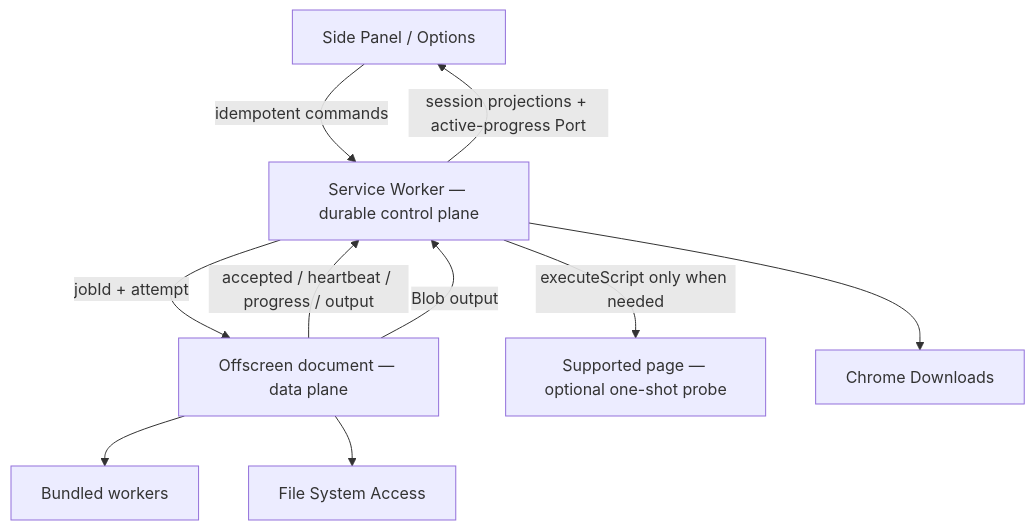
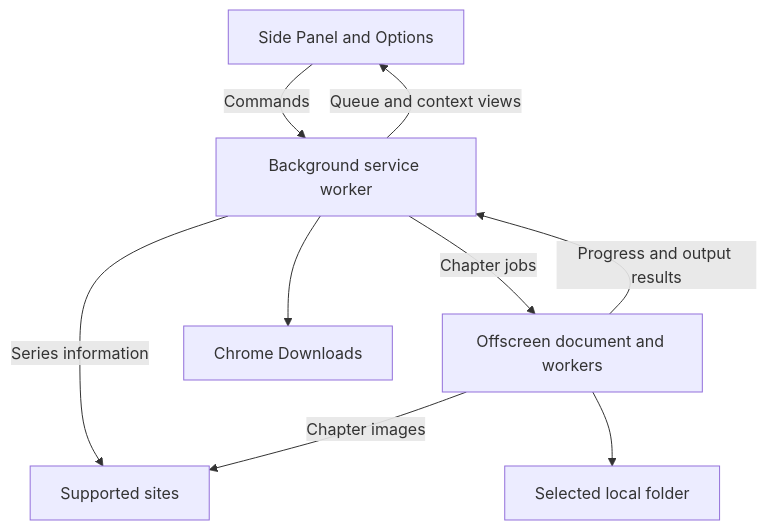
Before and after one commit to oovz/Tako: the diagram in wiki/Architecture.md, drawn with Mermaid. The commit also changed other lines of this file and 16 other files, not shown here.

````diff
--- a/wiki/Architecture.md
+++ b/wiki/Architecture.md
@@ -7,20 +11,18 @@
 ```mermaid
 flowchart TD
-  UI["Side Panel / Options"]
-  SW["Service Worker — durable control plane"]
-  OS["Offscreen document — data plane"]
-  WK["Bundled workers"]
-  PAGE["Supported page — optional one-shot probe"]
-  CHROME["Chrome Downloads"]
-  FSA["File System Access"]
+  UI[Side Panel and Options]
+  SW[Background service worker]
+  OS[Offscreen document and workers]
+  SITE[Supported sites]
+  CHROME[Chrome Downloads]
+  FOLDER[Selected local folder]
 
-  UI -->|"idempotent commands"| SW
-  SW -->|"session projections + active-progress Port"| UI
-  SW -->|"jobId + attempt"| OS
-  OS -->|"accepted / heartbeat / progress / output"| SW
-  OS --> WK
-  SW -->|"executeScript only when needed"| PAGE
-  OS -->|"Blob output"| SW
+  UI -->|Commands| SW
+  SW -->|Queue and context views| UI
+  SW -->|Chapter jobs| OS
+  OS -->|Progress and output results| SW
+  SW -->|Series information| SITE
+  OS -->|Chapter images| SITE
   SW --> CHROME
-  OS --> FSA
+  OS --> FOLDER
 ```
````
